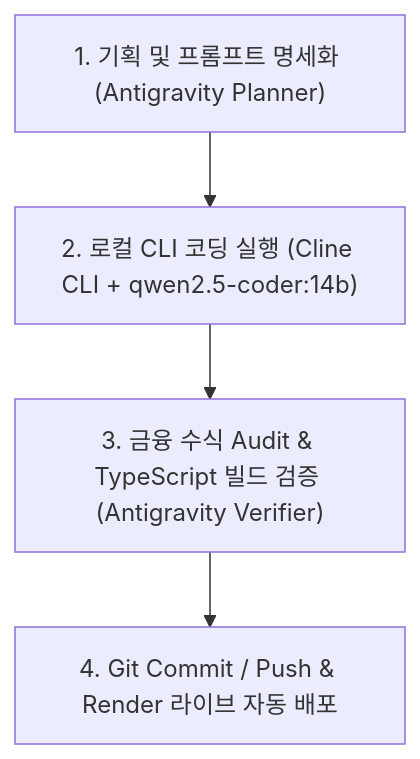
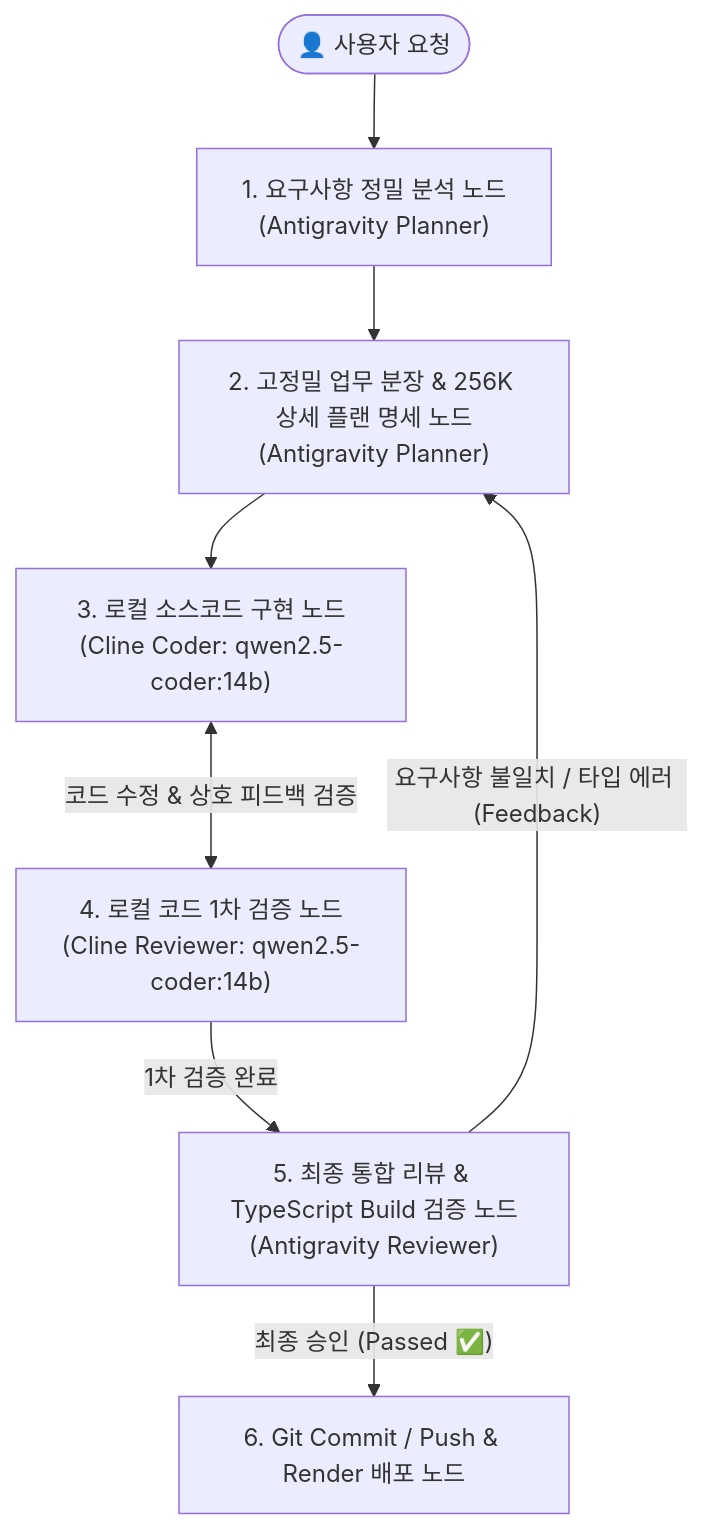
One commit to Younseob/my_pension_helper changed the diagram in rules.md. Above: the diagram before and after it, drawn with Mermaid. The commit also changed other lines of this file and 1 other file, not shown here.

Commit message:
Apply_Graph_Engineering_Multi_Agent_Architecture_in_PROJECT_and_rules_md

````diff
--- a/rules.md
+++ b/rules.md
@@ -28,6 +28,11 @@
 ```mermaid
 graph TD
-    A["1. 기획 및 프롬프트 명세화 (Antigravity Planner)"] --> B["2. 로컬 CLI 코딩 실행 (Cline CLI + qwen2.5-coder:14b)"]
-    B --> C["3. 금융 수식 Audit & TypeScript 빌드 검증 (Antigravity Verifier)"]
-    C --> D["4. Git Commit / Push & Render 라이브 자동 배포"]
+    User([👤 사용자 요청]) --> Node1["1. 요구사항 정밀 분석 노드<br/>(Antigravity Planner)"]
+    Node1 --> Node2["2. 고정밀 업무 분장 & 256K 상세 플랜 명세 노드<br/>(Antigravity Planner)"]
+    Node2 --> Node3["3. 로컬 소스코드 구현 노드<br/>(Cline Coder: qwen2.5-coder:14b)"]
+    Node3 <-->|코드 수정 & 상호 피드백 검증| Node4["4. 로컬 코드 1차 검증 노드<br/>(Cline Reviewer: qwen2.5-coder:14b)"]
+    Node4 -->|1차 검증 완료| Node5["5. 최종 통합 리뷰 & TypeScript Build 검증 노드<br/>(Antigravity Reviewer)"]
+    
+    Node5 -- "요구사항 불일치 / 타입 에러 (Feedback)" --> Node2
+    Node5 -- "최종 승인 (Passed ✅)" --> Node6["6. Git Commit / Push & Render 배포 노드"]
 ```
````
